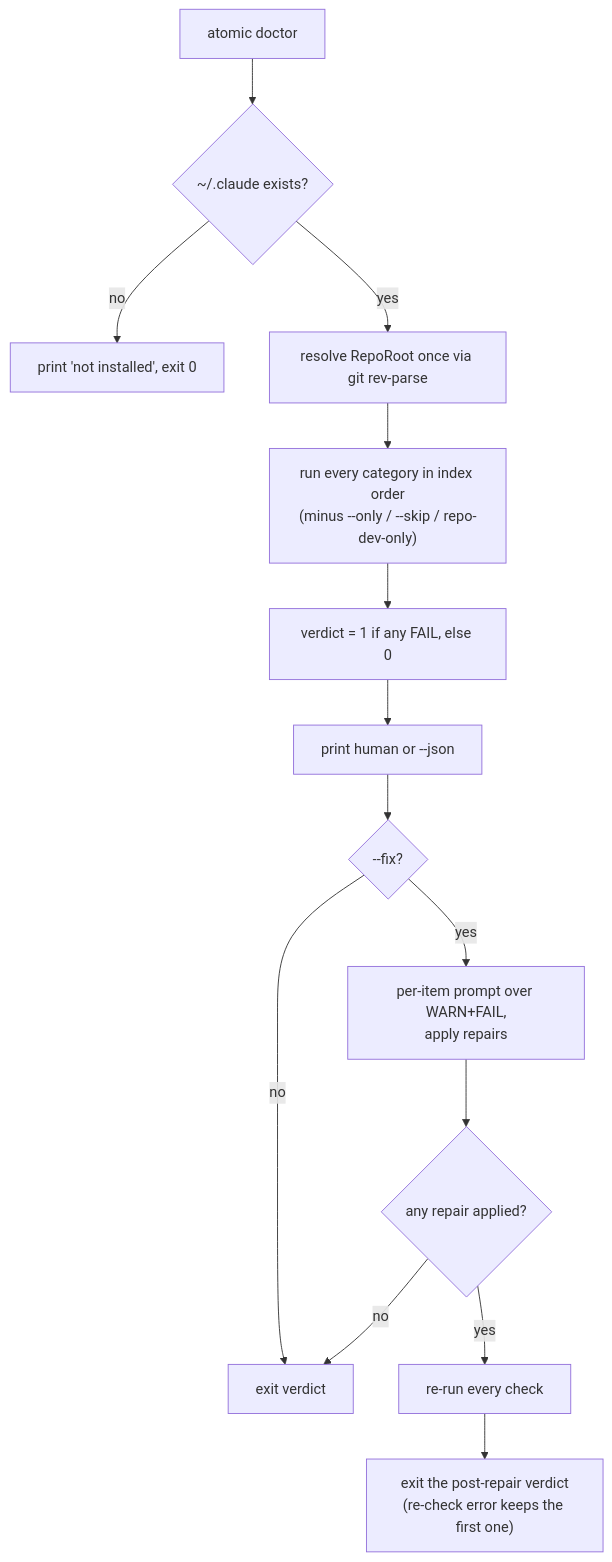
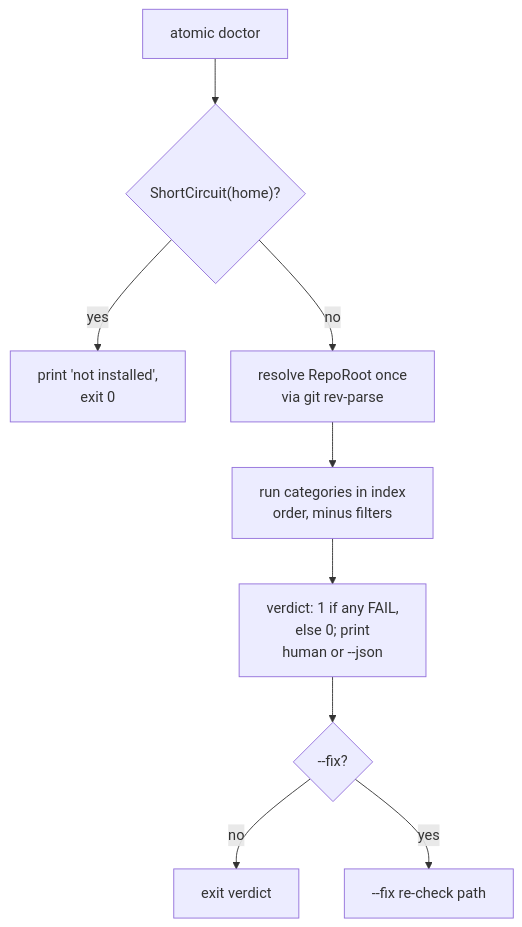
The first of 5 diagrams in docs/wiki/doctor.md (damusix/atomic-claude), drawn with Mermaid before and after one commit. The commit also changed other lines of this file and 11 other files, not shown here.

````diff
--- a/docs/wiki/doctor.md
+++ b/docs/wiki/doctor.md
@@ -19,16 +23,12 @@
 ```mermaid
 flowchart TD
-    A["atomic doctor"] --> B{"~/.claude exists?"}
-    B -->|no| C["print 'not installed', exit 0"]
-    B -->|yes| D["resolve RepoRoot once via git rev-parse"]
-    D --> E["run every category in index order<br/>(minus --only / --skip / repo-dev-only)"]
-    E --> F["verdict = 1 if any FAIL, else 0"]
-    F --> G["print human or --json"]
-    G --> H{"--fix?"}
+    %% source: atomic/cmd/atomic/cmd_doctor.go, atomic/internal/doctor/shortcircuit.go, doctor.go
+    A["atomic doctor"] --> B{"ShortCircuit(home)?"}
+    B -->|yes| C["print 'not installed',<br/>exit 0"]
+    B -->|no| D["resolve RepoRoot once<br/>via git rev-parse"]
+    D --> E["run categories in index<br/>order, minus filters"]
+    E --> F["verdict: 1 if any FAIL,<br/>else 0; print<br/>human or --json"]
+    F --> H{"--fix?"}
     H -->|no| J["exit verdict"]
-    H -->|yes| I["per-item prompt over WARN+FAIL,<br/>apply repairs"]
-    I --> K{"any repair applied?"}
-    K -->|no| J
-    K -->|yes| L["re-run every check"]
-    L --> M["exit the post-repair verdict<br/>(re-check error keeps the first one)"]
+    H -->|yes| R["--fix re-check path"]
 ```
````
